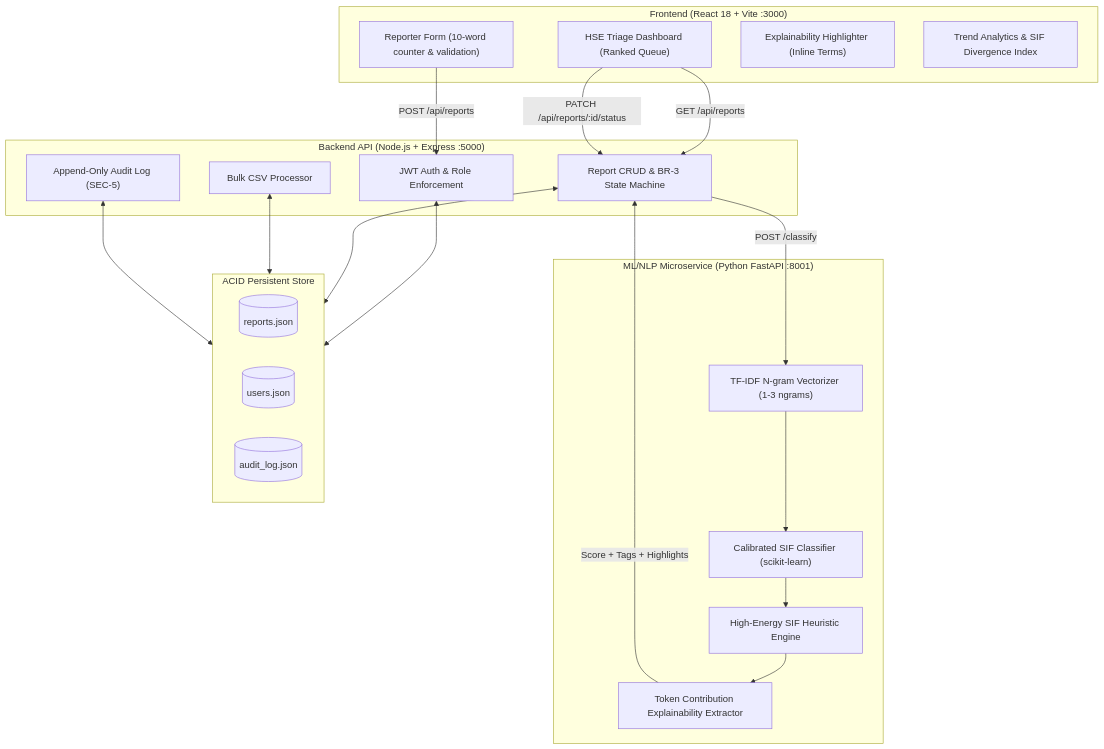
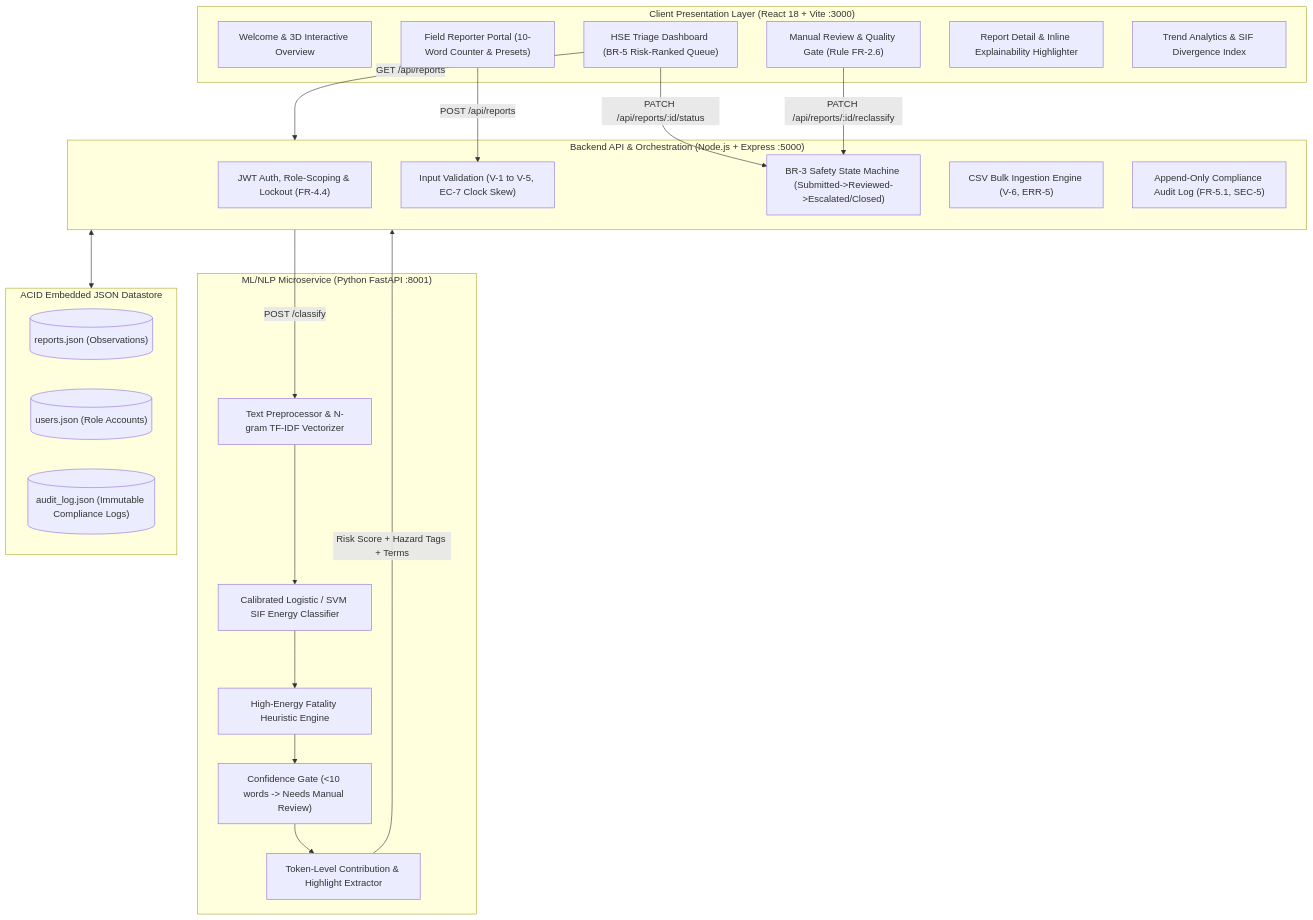
One commit to Nikhilll-dev-code/Prahari changed the diagram in README.md. Above: the diagram before and after it, drawn with Mermaid. The commit also changed other lines of this file and 19 other files, not shown here.

Commit message:
feat: complete PRAHARI branding, fix infinite render on manual review page, add reclassification panel & comprehensive hackathon README

````diff
--- a/README.md
+++ b/README.md
@@ -27,37 +33,42 @@
 ```mermaid
 flowchart TD
-    subgraph UI ["Frontend (React 18 + Vite :3000)"]
-        A["Reporter Form (10-word counter & validation)"]
-        B["HSE Triage Dashboard (Ranked Queue)"]
-        C["Explainability Highlighter (Inline Terms)"]
-        D["Trend Analytics & SIF Divergence Index"]
+    subgraph Client ["Client Presentation Layer (React 18 + Vite :3000)"]
+        UI_Welcome["Welcome & 3D Interactive Overview"]
+        UI_Reporter["Field Reporter Portal (10-Word Counter & Presets)"]
+        UI_Triage["HSE Triage Dashboard (BR-5 Risk-Ranked Queue)"]
+        UI_Manual["Manual Review & Quality Gate (Rule FR-2.6)"]
+        UI_Detail["Report Detail & Inline Explainability Highlighter"]
+        UI_Analytics["Trend Analytics & SIF Divergence Index"]
     end
 
-    subgraph API ["Backend API (Node.js + Express :5000)"]
-        E["JWT Auth & Role Enforcement"]
-        F["Report CRUD & BR-3 State Machine"]
-        G["Bulk CSV Processor"]
-        H["Append-Only Audit Log (SEC-5)"]
+    subgraph Gateway ["Backend API & Orchestration (Node.js + Express :5000)"]
+        AuthModule["JWT Auth, Role-Scoping & Lockout (FR-4.4)"]
+        ValidationEngine["Input Validation (V-1 to V-5, EC-7 Clock Skew)"]
+        StateMachine["BR-3 Safety State Machine (Submitted->Reviewed->Escalated/Closed)"]
+        BulkProcessor["CSV Bulk Ingestion Engine (V-6, ERR-5)"]
+        AuditLogger["Append-Only Compliance Audit Log (FR-5.1, SEC-5)"]
     end
 
-    subgraph AI ["ML/NLP Microservice (Python FastAPI :8001)"]
-        I["TF-IDF N-gram Vectorizer (1-3 ngrams)"]
-        J["Calibrated SIF Classifier (scikit-learn)"]
-        K["High-Energy SIF Heuristic Engine"]
-        L["Token Contribution Explainability Extractor"]
+    subgraph AI_Engine ["ML/NLP Microservice (Python FastAPI :8001)"]
+        Tokenizer["Text Preprocessor & N-gram TF-IDF Vectorizer"]
+        SIFClassifier["Calibrated Logistic / SVM SIF Energy Classifier"]
+        RuleEngine["High-Energy Fatality Heuristic Engine"]
+        YakeExplainer["Token-Level Contribution & Highlight Extractor"]
+        ConfidenceGate["Confidence Gate (<10 words -> Needs Manual Review)"]
     end
 
-    subgraph Storage ["ACID Persistent Store"]
-        M[("reports.json")]
-        N[("users.json")]
-        O[("audit_log.json")]
+    subgraph Datastore ["ACID Embedded JSON Datastore"]
+        DB_Reports[("reports.json (Observations)")]
+        DB_Users[("users.json (Role Accounts)")]
+        DB_Audit[("audit_log.json (Immutable Compliance Logs)")]
     end
 
-    A -->|POST /api/reports| E
-    B -->|GET /api/reports| F
-    B -->|PATCH /api/reports/:id/status| F
-    F -->|POST /classify| I
-    I --> J --> K --> L
-    L -->|Score + Tags + Highlights| F
-    E & F & G & H <--> Storage
+    UI_Reporter -->|POST /api/reports| ValidationEngine
+    UI_Triage -->|GET /api/reports| Gateway
+    UI_Triage -->|PATCH /api/reports/:id/status| StateMachine
+    UI_Manual -->|PATCH /api/reports/:id/reclassify| StateMachine
+    Gateway -->|POST /classify| Tokenizer
+    Tokenizer --> SIFClassifier --> RuleEngine --> ConfidenceGate --> YakeExplainer
+    YakeExplainer -->|Risk Score + Hazard Tags + Terms| Gateway
+    Gateway <--> Datastore
 ```
````
